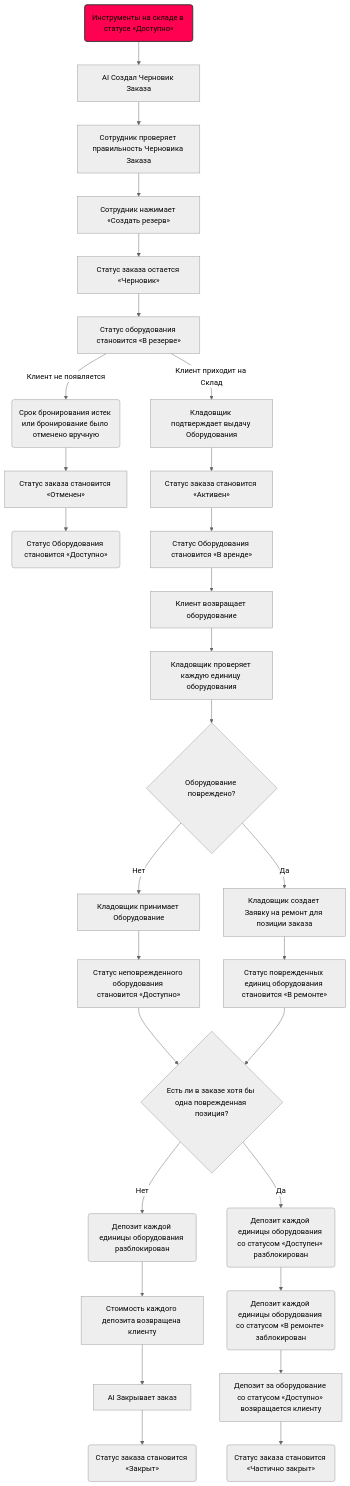
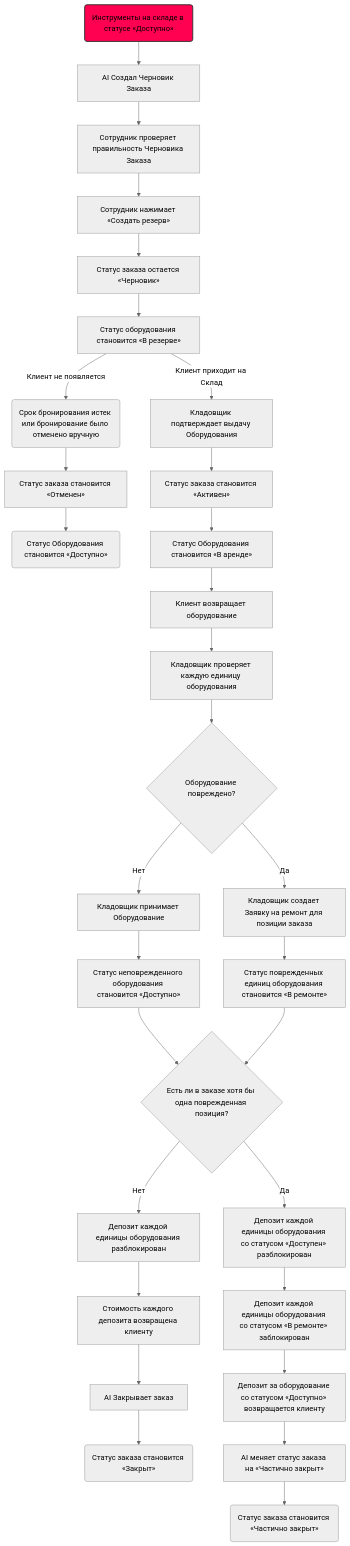
One commit to Diamko94/rentals1 changed the diagram in flowchart4.md. Above: the diagram before and after it, drawn with Mermaid (neutral theme).

````diff
--- a/flowchart4.md
+++ b/flowchart4.md
@@ -1,49 +1,50 @@
 ```mermaid
 flowchart TD
 
  %% Выделение цветом
     style D0 fill:#ff0150,stroke:#333,stroke-width:2px
 
     %% Подтверждение
     D0(Инструменты на складе в статусе «Доступно»)
     D0 --> D00[AI Создал Черновик Заказа]
     D00 --> D000[Сотрудник проверяет правильность Черновика Заказа]
 
     D000 --> D1[Сотрудник нажимает «Создать резерв»]
     D1 --> B[Статус заказа остается «Черновик»]
     B --> B1[Статус оборудования становится «В резерве»]
 
 
     %% Выдача
     B1 --> |Клиент приходит на Склад| I[Кладовщик подтверждает выдачу Оборудования]
     B1 --> |Клиент не появляется| E(Срок бронирования истек или бронирование было отменено вручную)
     E --> F[Статус заказа становится «Отменен»]
     I --> J[Статус заказа становится «Активен»]
     F --> C(Статус Оборудования становится «Доступно»)
     J --> X[Статус Оборудования становится «В аренде»]
 
     %% Возврат
     X --> K[Клиент возвращает оборудование]
     K --> L[Кладовщик проверяет каждую единицу оборудования]
     L --> M{Оборудование повреждено?}
     
     M --> |Да| P[Кладовщик создает Заявку на ремонт для позиции заказа]
     P --> R[Статус поврежденных единиц оборудования становится «В ремонте»]
     M --> |Нет| P1[Кладовщик принимает Оборудование]
     P1 --> T[Статус неповрежденного оборудования становится «Доступно»]
 
     %% Расчет
     T --> N{Есть ли в заказе хотя бы одна поврежденная позиция?}
     R --> N
 
     %%  Закрытие Заказа
-    N --> |Нет| Q(Депозит каждой единицы оборудования разблокирован)
+    N --> |Нет| Q[Депозит каждой единицы оборудования разблокирован]
     Q --> Q1[Стоимость каждого депозита возвращена клиенту] 
     Q1 --> V[AI Закрывает заказ]
     V --> V1(Статус заказа становится «Закрыт»)
 
-    N --> |Да| S(Депозит каждой единицы оборудования со статусом «Доступен» разблокирован)
-    S --> S1(Депозит каждой единицы оборудования со статусом «В ремонте» заблокирован)
+    N --> |Да| S[Депозит каждой единицы оборудования со статусом «Доступен» разблокирован]
+    S --> S1[Депозит каждой единицы оборудования со статусом «В ремонте» заблокирован]
     S1 --> U[Депозит за оборудование со статусом «Доступно» возвращается клиенту]
-    U --> W(Статус заказа становится «Частично закрыт»)
+    U --> W[AI меняет статус заказа на «Частично закрыт»]
+    W --> W1(Статус заказа становится «Частично закрыт»)
 ```
````
